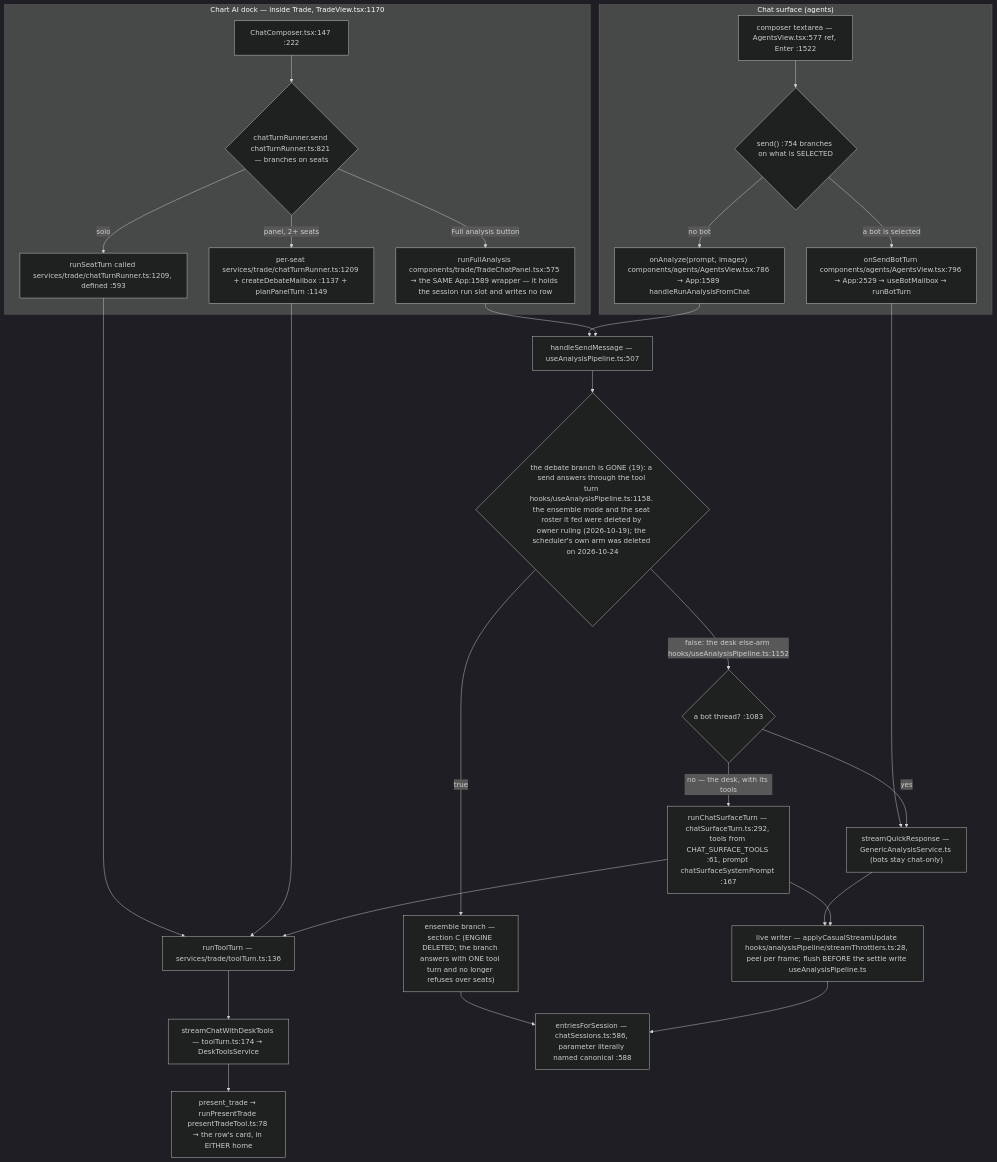
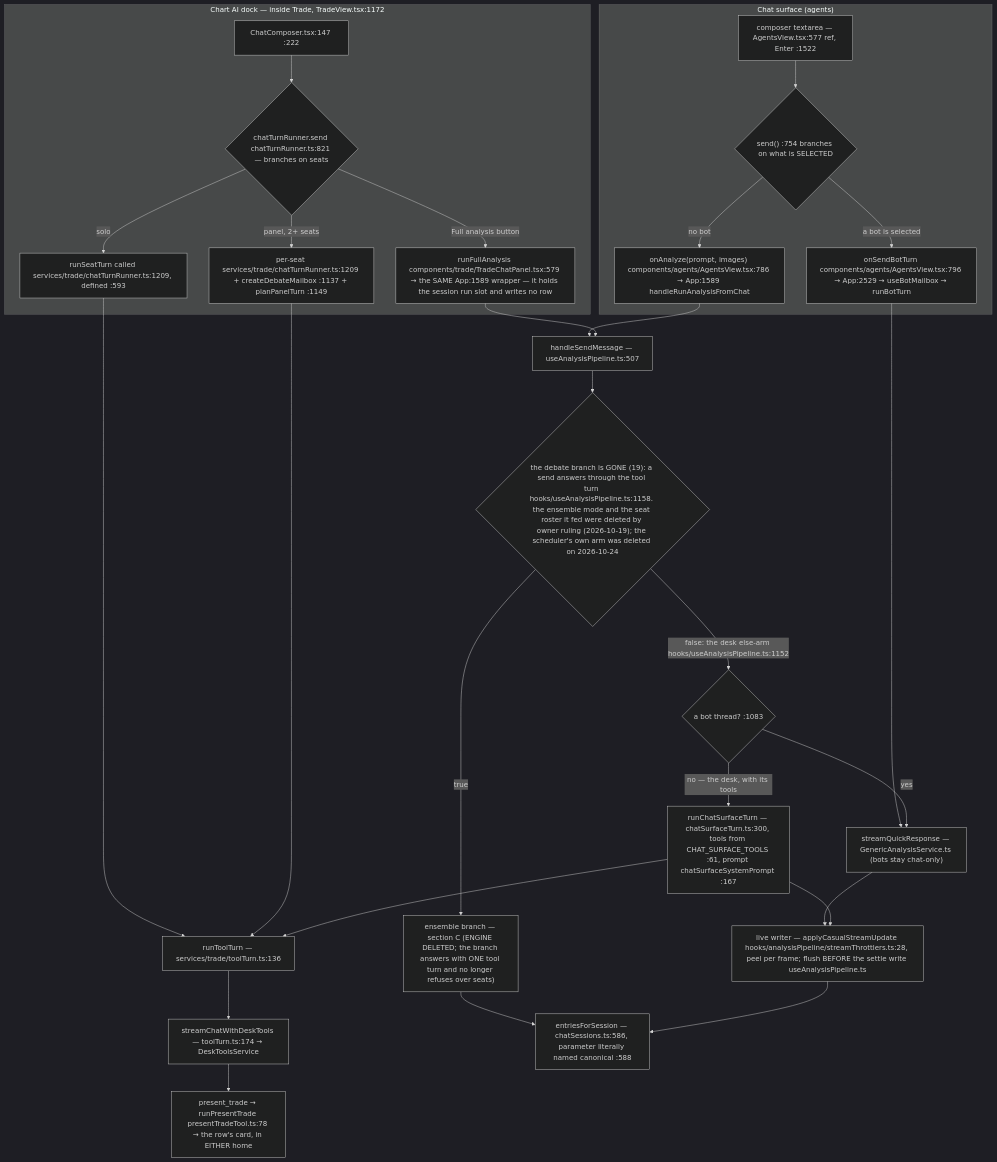
Before and after one commit to Acepay25/august-3.5: the second of 8 diagrams in docs/app-flow.md, drawn with Mermaid (dark theme). The commit also changed other lines of this file and 10 other files, not shown here.

````diff
--- a/docs/app-flow.md
+++ b/docs/app-flow.md
@@ -78,31 +78,31 @@
 ```mermaid
 flowchart TD
     subgraph CHAT["Chat surface (agents)"]
         CB["composer textarea — AgentsView.tsx:577 ref, Enter :1522"] --> D1{"send() :754 branches on what is SELECTED"}
         D1 -->|a bot is selected| BOT["onSendBotTurn components/agents/AgentsView.tsx:796 → App:2529 → useBotMailbox → runBotTurn"]
         D1 -->|no bot| AN["onAnalyze(prompt, images) components/agents/AgentsView.tsx:786 → App:1589 handleRunAnalysisFromChat"]
     end
-    subgraph DOCK["Chart AI dock — inside Trade, TradeView.tsx:1170"]
+    subgraph DOCK["Chart AI dock — inside Trade, TradeView.tsx:1172"]
         DC["ChatComposer.tsx:147 :222"] --> D2{"chatTurnRunner.send chatTurnRunner.ts:821 — branches on seats"}
         D2 -->|solo| SO["runSeatTurn called services/trade/chatTurnRunner.ts:1209, defined :593"]
         D2 -->|panel, 2+ seats| PN["per-seat services/trade/chatTurnRunner.ts:1209 + createDebateMailbox :1137 + planPanelTurn :1149"]
-        D2 -->|Full analysis button| FA["runFullAnalysis components/trade/TradeChatPanel.tsx:575 → the SAME App:1589 wrapper — it holds the session run slot and writes no row"]
+        D2 -->|Full analysis button| FA["runFullAnalysis components/trade/TradeChatPanel.tsx:579 → the SAME App:1589 wrapper — it holds the session run slot and writes no row"]
     end
     SO --> TT["runToolTurn — services/trade/toolTurn.ts:136"]
     PN --> TT
     TT --> SCDT["streamChatWithDeskTools — toolTurn.ts:174 → DeskToolsService"]
     BOT --> TR["streamQuickResponse — GenericAnalysisService.ts (bots stay chat-only)"]
     AN --> HSM["handleSendMessage — useAnalysisPipeline.ts:507"]
     FA --> HSM
     HSM --> D3{"the debate branch is GONE (19): a send answers through the tool turn hooks/useAnalysisPipeline.ts:1158. the ensemble mode and the seat roster it fed were deleted by owner ruling (2026-10-19); the scheduler's own arm was deleted on 2026-10-24"}
     D3 -->|true| ENS["ensemble branch — section C (ENGINE DELETED; the branch answers with ONE tool turn and no longer refuses over seats)"]
     D3 -->|false: the desk else-arm hooks/useAnalysisPipeline.ts:1152| SPLIT{"a bot thread? :1083"}
     SPLIT -->|yes| TR
-    SPLIT -->|no — the desk, with its tools| CST["runChatSurfaceTurn — chatSurfaceTurn.ts:292, tools from CHAT_SURFACE_TOOLS :61, prompt chatSurfaceSystemPrompt :167"]
+    SPLIT -->|no — the desk, with its tools| CST["runChatSurfaceTurn — chatSurfaceTurn.ts:300, tools from CHAT_SURFACE_TOOLS :61, prompt chatSurfaceSystemPrompt :167"]
     CST --> TT
     TR --> LW["live writer — applyCasualStreamUpdate hooks/analysisPipeline/streamThrottlers.ts:28, peel per frame; flush BEFORE the settle write useAnalysisPipeline.ts"]
     CST --> LW
     ENS --> MERGE
     LW --> MERGE["entriesForSession — chatSessions.ts:586, parameter literally named canonical :588"]
     SCDT --> PT["present_trade → runPresentTrade presentTradeTool.ts:78 → the row's card, in EITHER home"]
 ```
````
